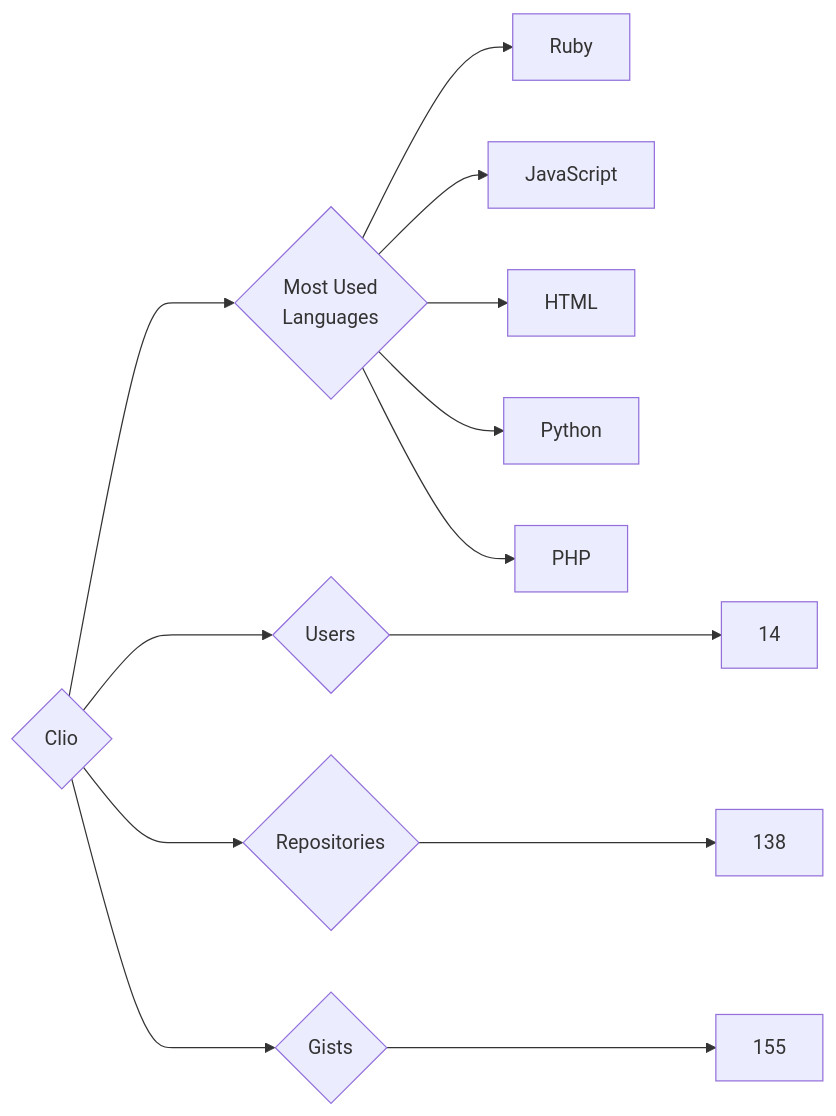
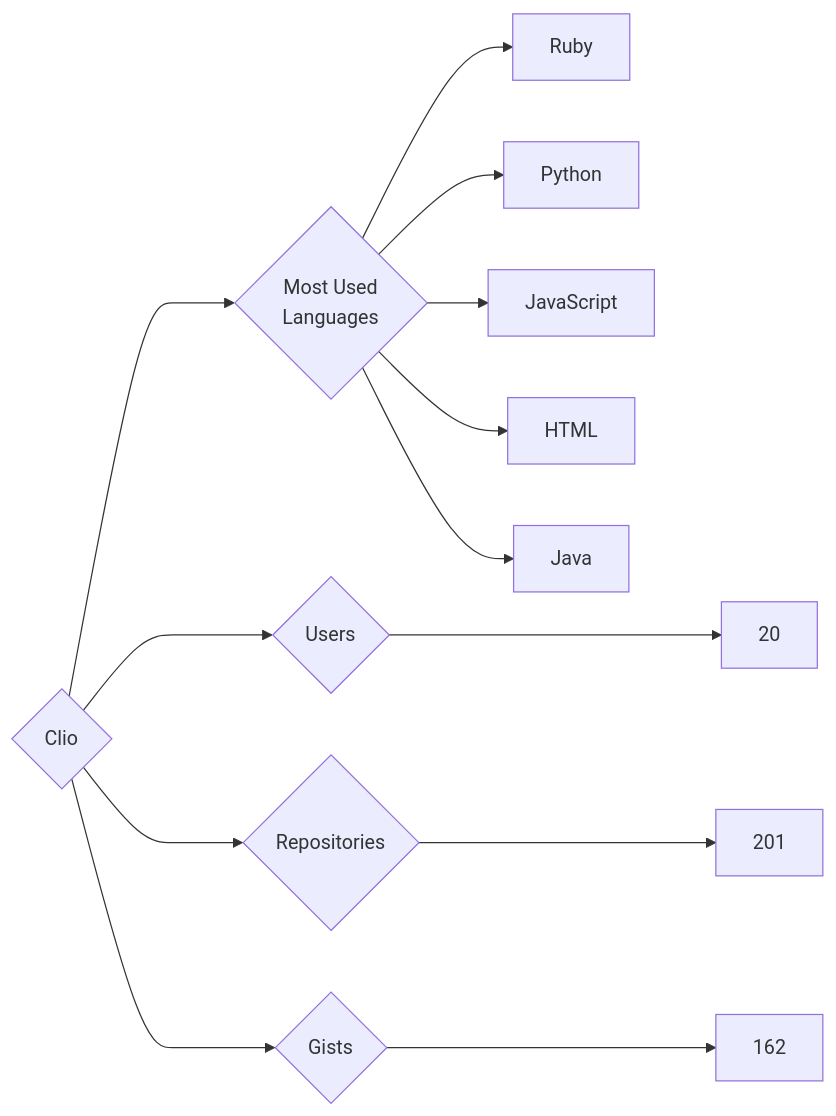
The diagram in targets/Clio/README.md (trickest/insiders), drawn with Mermaid before and after one commit. The commit also changed 891 other files, not shown here.

````diff
--- a/targets/Clio/README.md
+++ b/targets/Clio/README.md
@@ -3,13 +3,13 @@
 ```mermaid
 graph LR
 COMPANY_NAME{Clio}
-COMPANY_NAME ---> U{Users} ---> UN[14]
-COMPANY_NAME ---> R{Repositories} ---> RN[138]
-COMPANY_NAME ---> G{Gists} ---> GN[155]
+COMPANY_NAME ---> U{Users} ---> UN[20]
+COMPANY_NAME ---> R{Repositories} ---> RN[201]
+COMPANY_NAME ---> G{Gists} ---> GN[162]
 COMPANY_NAME ---> ML{Most Used<br>Languages}
 ML --> Ruby[Ruby]
+ML --> Python[Python]
 ML --> JavaScript[JavaScript]
 ML --> HTML[HTML]
-ML --> Python[Python]
-ML --> PHP[PHP]
+ML --> Java[Java]
 ```
````
